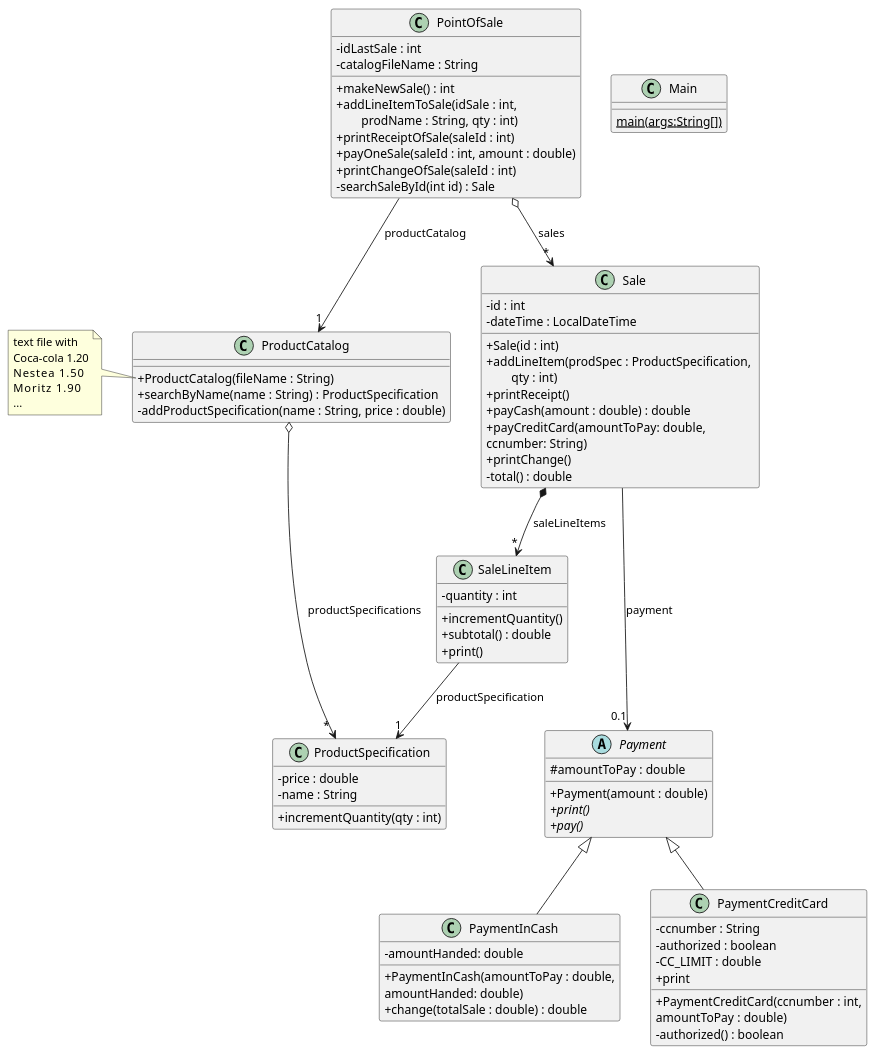
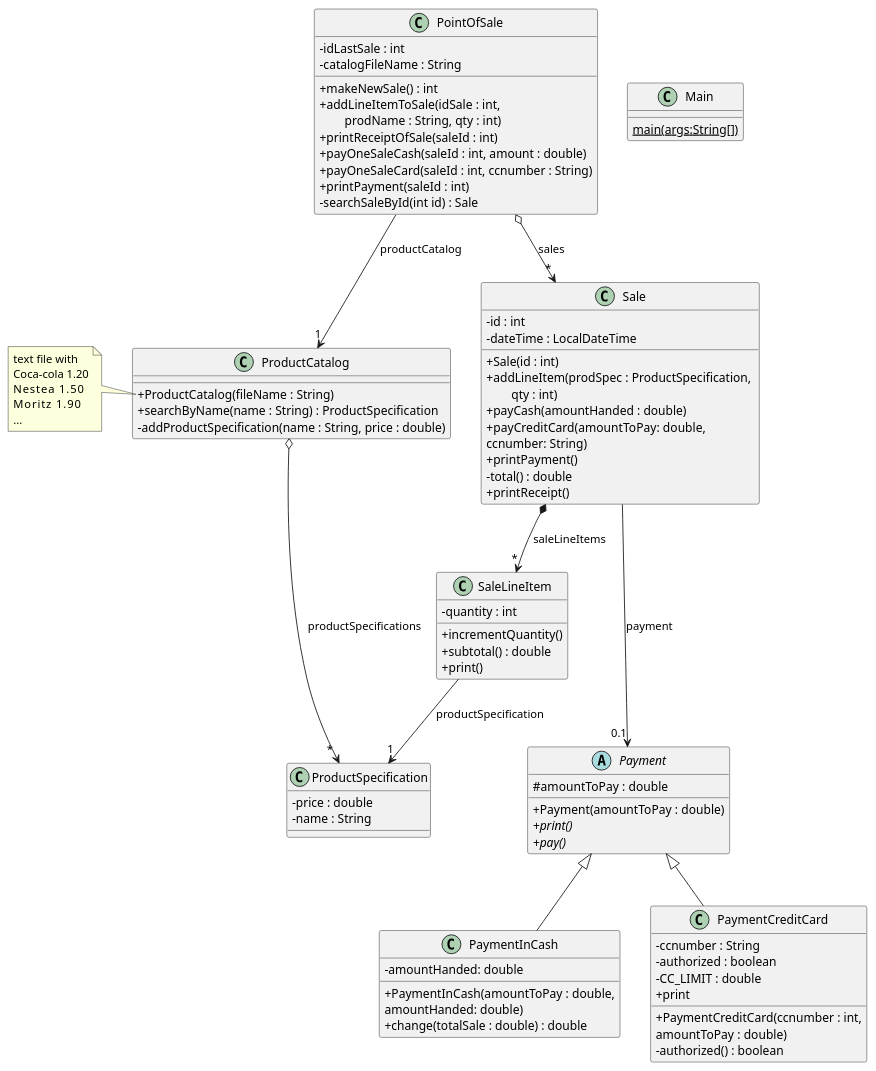
Before and after one commit to NIU1707994/DS: the diagram in PointOfSale/src/pos/pos.puml, drawn with PlantUML. The commit also changed 13 other files, not shown here.

```diff
--- a/PointOfSale/src/pos/pos.puml
+++ b/PointOfSale/src/pos/pos.puml
@@ -1,90 +1,90 @@
 @startuml
 'https://plantuml.com/class-diagram
 skinparam classAttributeIconSize 0
 
 class Main {
 {static} main(args:String[])
 }
 
 class PointOfSale {
 - idLastSale : int
 - catalogFileName : String
 + makeNewSale() : int
 + addLineItemToSale(idSale : int, \n\tprodName : String, qty : int)
 + printReceiptOfSale(saleId : int)
-+ payOneSale(saleId : int, amount : double)
-+ printChangeOfSale(saleId : int)
++ payOneSaleCash(saleId : int, amount : double)
++ payOneSaleCard(saleId : int, ccnumber : String)
++ printPayment(saleId : int)
 - searchSaleById(int id) : Sale
 }
 
 class ProductCatalog {
 + ProductCatalog(fileName : String)
 + searchByName(name : String) : ProductSpecification
 - addProductSpecification(name : String, price : double)
 }
 
 note left of ProductCatalog::ProductCatalog {
 text file with
 Coca-cola 1.20
 Nestea    1.50
 Moritz    1.90
 ...
 }
 
 class ProductSpecification {
 - price : double
 - name : String
-+ incrementQuantity(qty : int)
 }
 
 class Sale {
 - id : int
 - dateTime : LocalDateTime
 + Sale(id : int)
 + addLineItem(prodSpec : ProductSpecification, \n\tqty : int)
-+ printReceipt()
-+ payCash(amount : double) : double
++ payCash(amountHanded : double)
 + payCreditCard(amountToPay: double,
         ccnumber: String)
-+ printChange()
++ printPayment()
 - total() : double
++ printReceipt()
 }
 
 abstract Payment {
 # amountToPay : double
-+ Payment(amount : double)
++ Payment(amountToPay : double)
 {abstract}+ print()
 {abstract}+ pay()
 }
 
 class PaymentInCash extends Payment {
 -amountHanded: double
 + PaymentInCash(amountToPay : double,
  amountHanded: double)
 + change(totalSale : double) : double
 }
 
 class PaymentCreditCard extends Payment {
 -ccnumber : String
 -authorized : boolean
 -CC_LIMIT : double
 + PaymentCreditCard(ccnumber : int,
     amountToPay : double)
 - authorized() : boolean
 + print
 }
 
 class SaleLineItem {
 - quantity : int
 + incrementQuantity()
 + subtotal() : double
 + print()
 }
 
 PointOfSale o--> "*" Sale : sales
 Sale *--> "*" SaleLineItem : saleLineItems
 SaleLineItem --> "1" ProductSpecification : productSpecification
 PointOfSale --> "1" ProductCatalog : productCatalog
 ProductCatalog o--> " * " ProductSpecification : productSpecifications
 Sale ---> "0.1" Payment : payment
 @enduml
```
